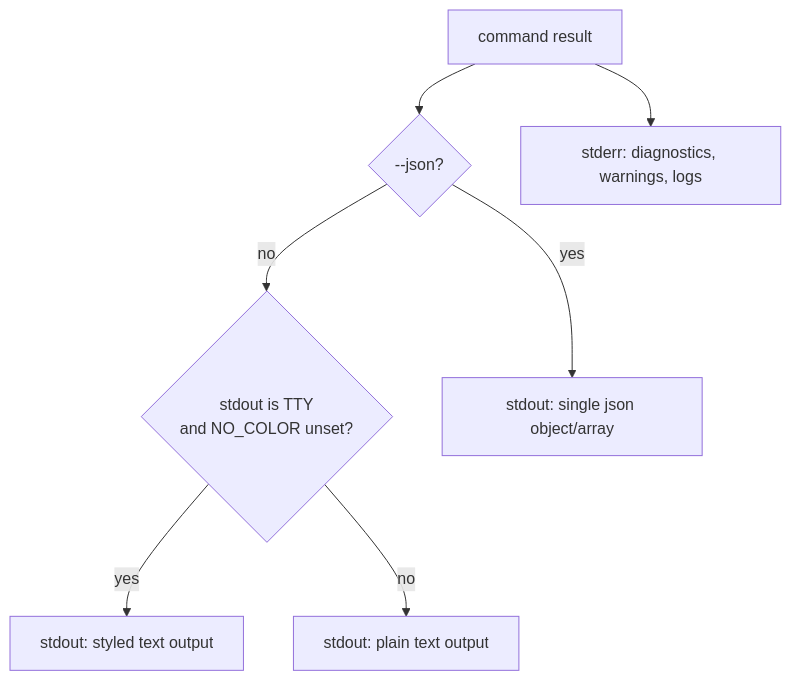
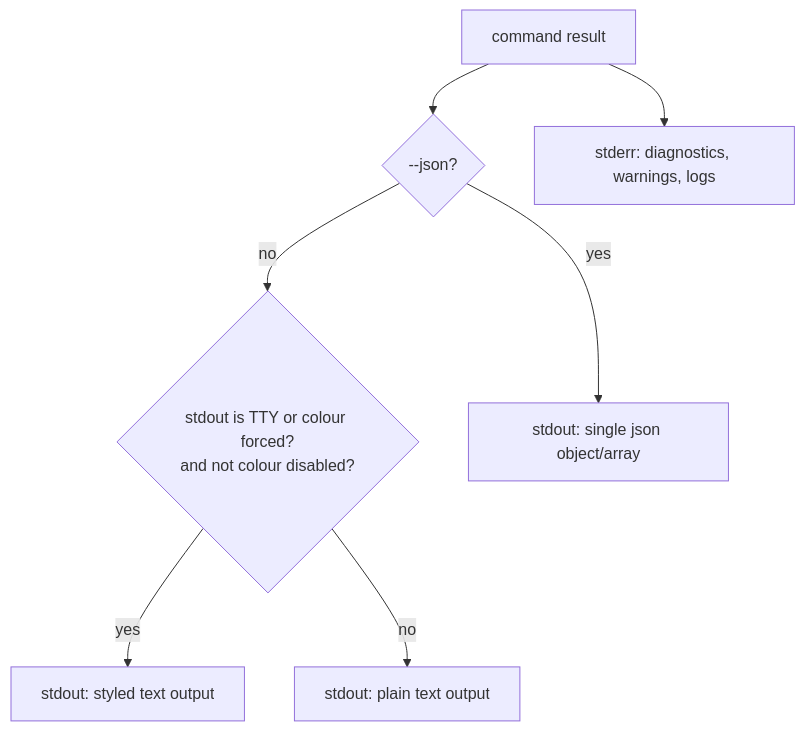
The ninth of 12 diagrams in docs/spec.md (jinyongp/gate), drawn with Mermaid before and after one commit. The commit also changed other lines of this file and 14 other files, not shown here.

````diff
--- a/docs/spec.md
+++ b/docs/spec.md
@@ -473,17 +473,17 @@
 ```mermaid
 flowchart TD
     cmd["command result"]
     json{"--json?"}
-    tty{"stdout is TTY<br/>and NO_COLOR unset?"}
+    tty{"stdout is TTY or colour forced?<br/>and not colour disabled?"}
     data["stdout: single json object/array"]
     rich["stdout: styled text output"]
     plain["stdout: plain text output"]
     diag["stderr: diagnostics, warnings, logs"]
 
     cmd --> json
     json -->|"yes"| data
     json -->|"no"| tty
     tty -->|"yes"| rich
     tty -->|"no"| plain
     cmd --> diag
 ```
````
